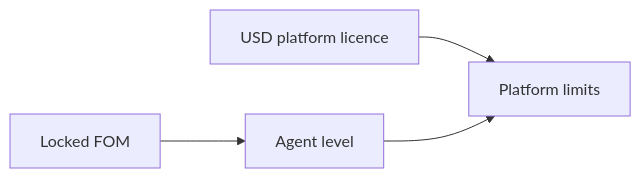
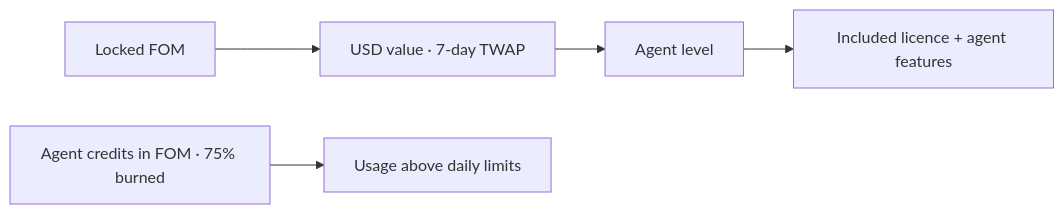
The diagram in fom-token.md (formionai/docs), drawn with Mermaid before and after one commit. The commit also changed other lines of this file and 4 other files, not shown here.

Commit message:
FOM: Agent levels v3 — USD value at 7-day TWAP ($250/$1k/$5k/$25k), licences included, lock periods, legal notice + changelog

````diff
--- a/fom-token.md
+++ b/fom-token.md
@@ -76,6 +88,7 @@
 ```mermaid
 flowchart LR
-  Licence[USD platform licence] --> Limits[Platform limits]
-  FOM[Locked FOM] --> Agent[Agent level]
-  Agent --> Limits
+  FOM[Locked FOM] --> Value[USD value · 7-day TWAP]
+  Value --> Level[Agent level]
+  Level --> Licence[Included licence + agent features]
+  Credits[Agent credits in FOM · 75% burned] --> Extra[Usage above daily limits]
 ```
````
